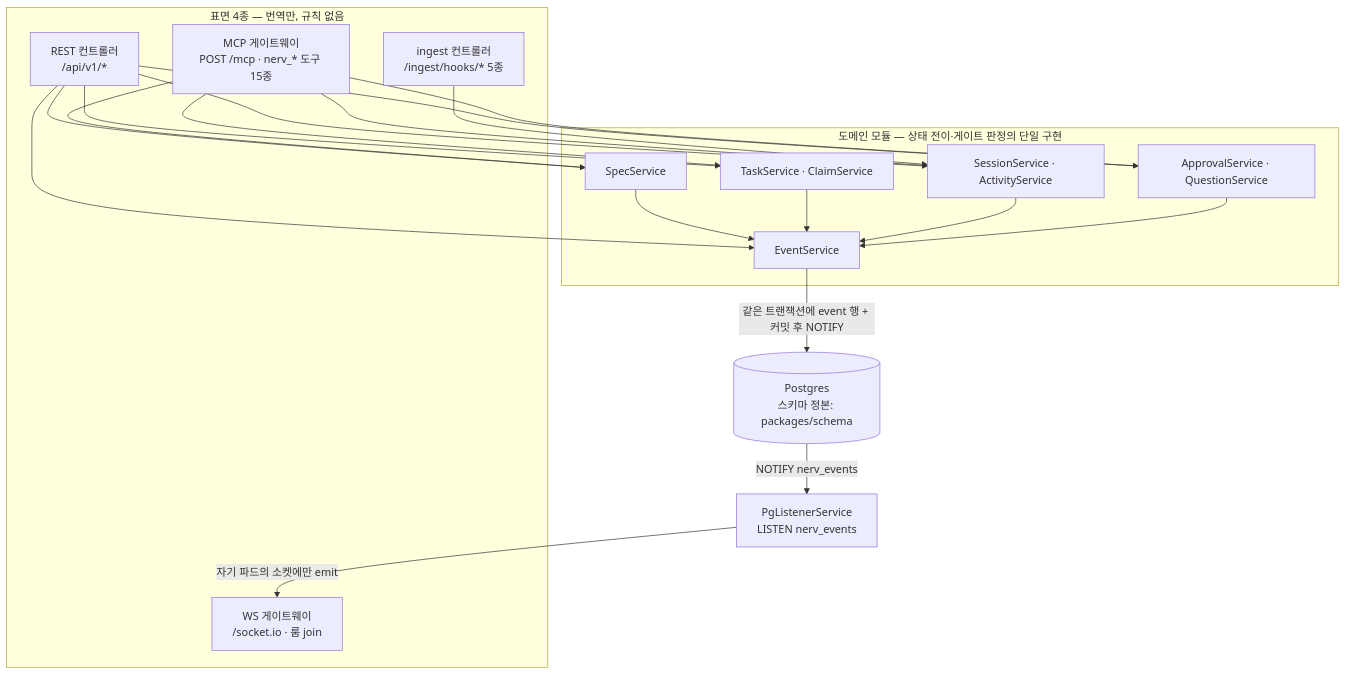
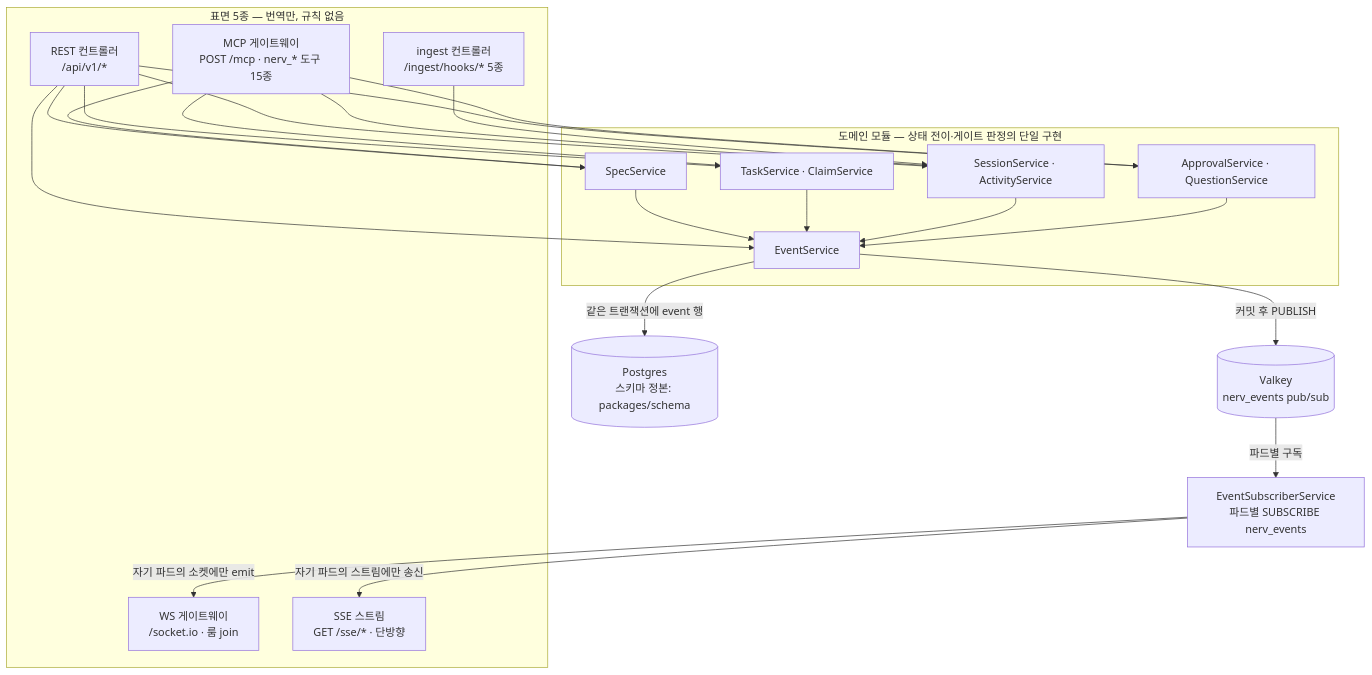
The diagram in docs/04-mvp/codebase.md (worker-ants/nerv), drawn with Mermaid before and after one commit. The commit also changed other lines of this file and 17 other files, not shown here.

First line of the commit message:
docs: 코드 위치 codebase/ 확정 + 실시간 채널 WebSocket+SSE·Valkey MQ

````diff
--- a/docs/04-mvp/codebase.md
+++ b/docs/04-mvp/codebase.md
@@ -91,36 +97,40 @@
 ```mermaid
 flowchart TB
-  subgraph SURF["표면 4종 — 번역만, 규칙 없음"]
+  subgraph SURF["표면 5종 — 번역만, 규칙 없음"]
     REST["REST 컨트롤러<br/>/api/v1/*"]
     MCP["MCP 게이트웨이<br/>POST /mcp · nerv_* 도구 15종"]
     WS["WS 게이트웨이<br/>/socket.io · 룸 join"]
+    SSE["SSE 스트림<br/>GET /sse/* · 단방향"]
     ING["ingest 컨트롤러<br/>/ingest/hooks/* 5종"]
   end
   subgraph DOM["도메인 모듈 — 상태 전이·게이트 판정의 단일 구현"]
     SS["SpecService"]
     TS["TaskService · ClaimService"]
     SES["SessionService · ActivityService"]
     AP["ApprovalService · QuestionService"]
     EV["EventService"]
   end
   PG[("Postgres<br/>스키마 정본: packages/schema")]
-  LSN["PgListenerService<br/>LISTEN nerv_events"]
+  VK[("Valkey<br/>nerv_events pub/sub")]
+  SUB["EventSubscriberService<br/>파드별 SUBSCRIBE nerv_events"]
 
   REST --> SS
   REST --> TS
   REST --> SES
   REST --> AP
   REST --> EV
   MCP --> SS
   MCP --> TS
   MCP --> SES
   MCP --> AP
   ING --> SES
   SS --> EV
   TS --> EV
   SES --> EV
   AP --> EV
-  EV -->|"같은 트랜잭션에 event 행 + 커밋 후 NOTIFY"| PG
-  PG -->|"NOTIFY nerv_events"| LSN
-  LSN -->|"자기 파드의 소켓에만 emit"| WS
+  EV -->|"같은 트랜잭션에 event 행"| PG
+  EV -->|"커밋 후 PUBLISH"| VK
+  VK -->|"파드별 구독"| SUB
+  SUB -->|"자기 파드의 소켓에만 emit"| WS
+  SUB -->|"자기 파드의 스트림에만 송신"| SSE
 ```
````
